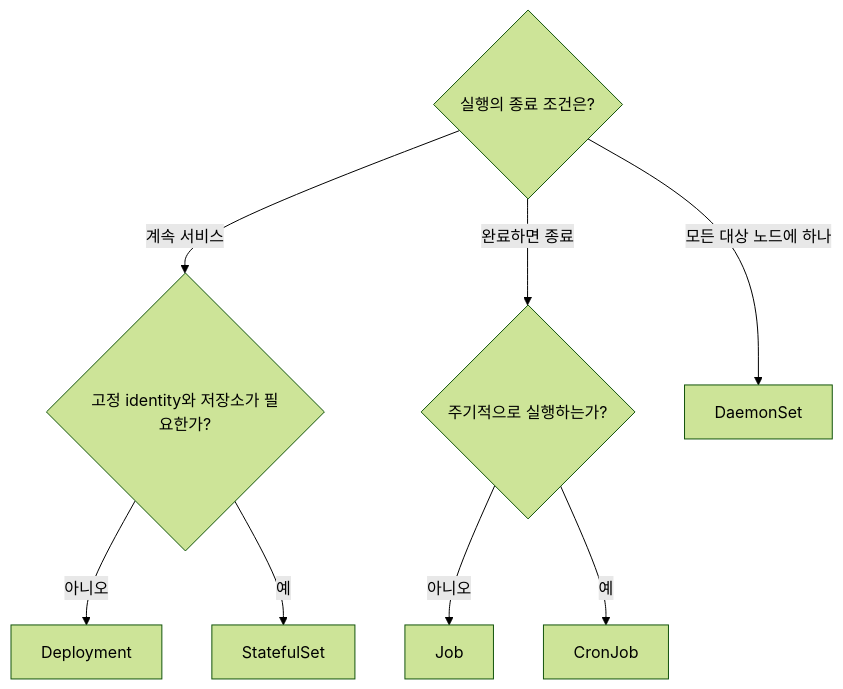
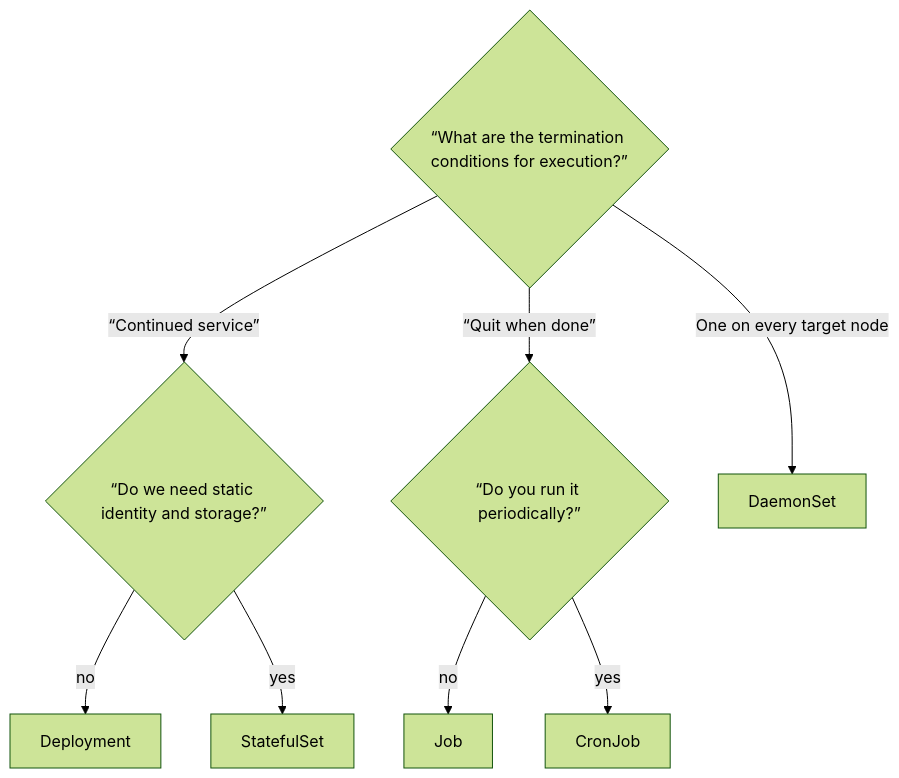
The first of 3 diagrams in docs-site/content/kubernetes/04-pods-and-workloads.md (nohdol97/nohdol-study), drawn with Mermaid (forest theme) before and after one commit. The commit also changed other lines of this file and 116 other files, not shown here.

````diff
--- a/docs-site/content/kubernetes/04-pods-and-workloads.md
+++ b/docs-site/content/kubernetes/04-pods-and-workloads.md
@@ -11,11 +11,11 @@
 ```mermaid
 flowchart TD
-    Q{"실행의 종료 조건은?"}
-    Q -->|"계속 서비스"| I{"고정 identity와 저장소가 필요한가?"}
-    I -->|"아니오"| D["Deployment"]
-    I -->|"예"| S["StatefulSet"]
-    Q -->|"완료하면 종료"| T{"주기적으로 실행하는가?"}
-    T -->|"아니오"| J["Job"]
-    T -->|"예"| C["CronJob"]
-    Q -->|"모든 대상 노드에 하나"| A["DaemonSet"]
+    Q{“What are the termination conditions for execution?”}
+    Q -->|“Continued service”| I{“Do we need static identity and storage?”}
+    I -->|"no"| D["Deployment"]
+    I -->|"yes"| S["StatefulSet"]
+    Q -->|“Quit when done”| T{“Do you run it periodically?”}
+    T -->|"no"| J["Job"]
+    T -->|"yes"| C["CronJob"]
+    Q -->|"One on every target node"| A["DaemonSet"]
 ```
````
